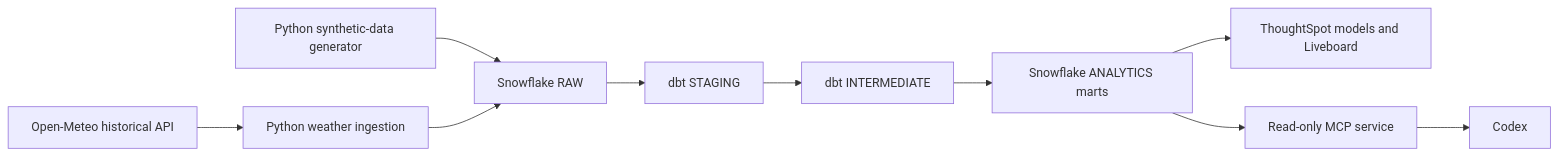
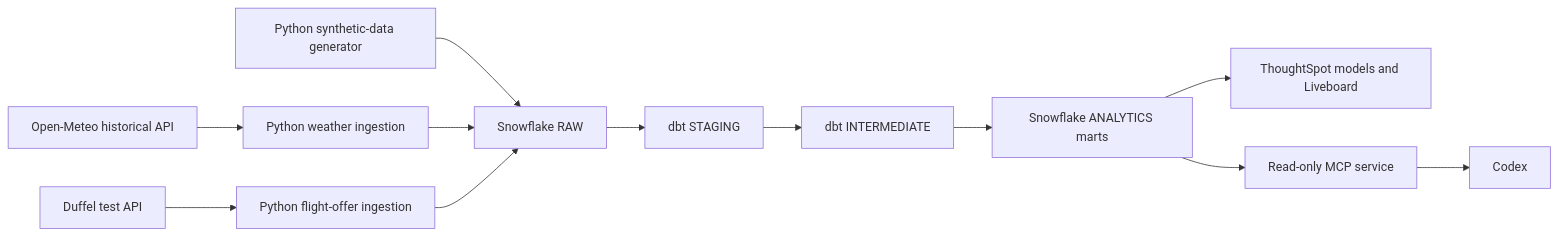
Before and after one commit to abhioriganti/travelops-iq: the diagram in README.md, drawn with Mermaid. The commit also changed other lines of this file and 11 other files, not shown here.

Commit message:
Add Duffel sandbox flight offer ingestion (#2)

````diff
--- a/README.md
+++ b/README.md
@@ -29,12 +32,14 @@
 ```mermaid
 flowchart LR
     A[Python synthetic-data generator] --> B[Snowflake RAW]
     X[Open-Meteo historical API] --> W[Python weather ingestion]
     W --> B
+    Y[Duffel test API] --> Q[Python flight-offer ingestion]
+    Q --> B
     B --> C[dbt STAGING]
     C --> D[dbt INTERMEDIATE]
     D --> E[Snowflake ANALYTICS marts]
     E --> F[ThoughtSpot models and Liveboard]
     E --> G[Read-only MCP service]
     G --> H[Codex]
 ```
````
